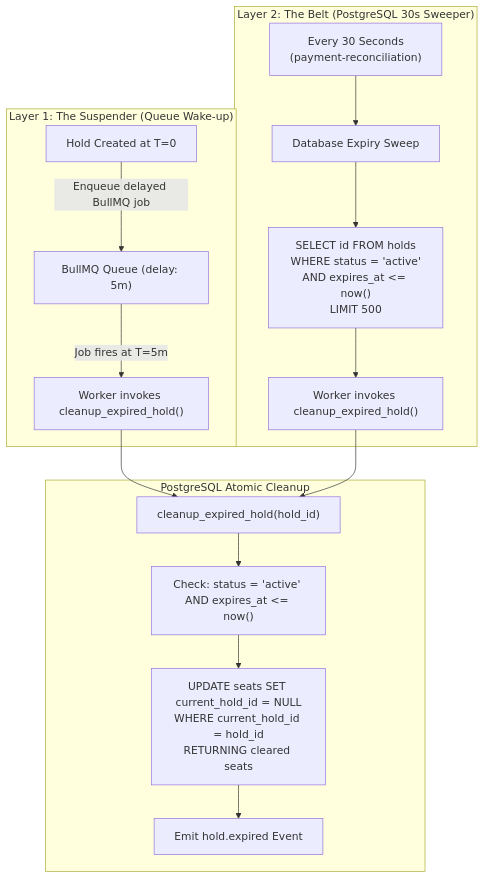
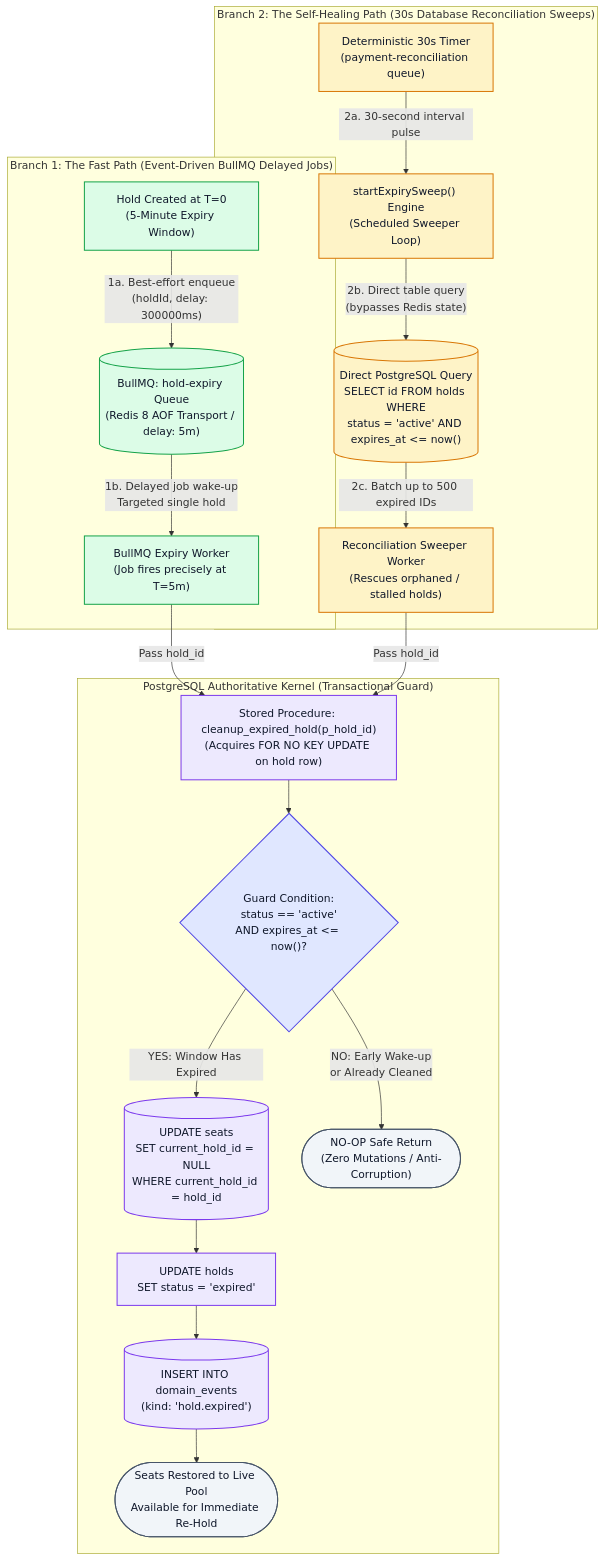
Before and after one commit to YuvvrajSingh/seat-rush: the fourth of 4 diagrams in docs/ARCHITECTURE_AND_USER_GUIDE.md, drawn with Mermaid. The commit also changed other lines of this file and 2 other files, not shown here.

Commit message:
docs: overhaul all Mermaid diagrams with modern styling, ERD, sequence boxes, and state machines

````diff
--- a/docs/ARCHITECTURE_AND_USER_GUIDE.md
+++ b/docs/ARCHITECTURE_AND_USER_GUIDE.md
@@ -518,21 +678,49 @@
 ```mermaid
 flowchart TD
-    subgraph Suspender["Layer 1: The Suspender (Queue Wake-up)"]
-        H1["Hold Created at T=0"] -->|Enqueue delayed BullMQ job| Q["BullMQ Queue (delay: 5m)"]
-        Q -->|Job fires at T=5m| W1["Worker invokes cleanup_expired_hold()"]
+    classDef fast fill:#dcfce7,stroke:#16a34a,stroke-width:1.5px,color:#0f172a;
+    classDef healing fill:#fef3c7,stroke:#d97706,stroke-width:1.5px,color:#0f172a;
+    classDef db fill:#ede9fe,stroke:#7c3aed,stroke-width:1.5px,color:#0f172a;
+    classDef decision fill:#e0e7ff,stroke:#4f46e5,stroke-width:1.5px,color:#0f172a;
+    classDef terminal fill:#f1f5f9,stroke:#475569,stroke-width:1.5px,color:#0f172a;
+
+    subgraph FastPath["Branch 1: The Fast Path (Event-Driven BullMQ Delayed Jobs)"]
+        H1["Hold Created at T=0<br/>(5-Minute Expiry Window)"]:::fast
+        Q[("BullMQ: hold-expiry Queue<br/>(Redis 8 AOF Transport / delay: 5m)")]:::fast
+        W1["BullMQ Expiry Worker<br/>(Job fires precisely at T=5m)"]:::fast
+        
+        H1 -->|"1a. Best-effort enqueue<br/>(holdId, delay: 300000ms)"| Q
+        Q -->|"1b. Delayed job wake-up<br/>Targeted single hold"| W1
     end
 
-    subgraph Belt["Layer 2: The Belt (PostgreSQL 30s Sweeper)"]
-        Timer["Every 30 Seconds\n(payment-reconciliation)"] --> Sweep["Database Expiry Sweep"]
-        Sweep --> Query["SELECT id FROM holds\nWHERE status = 'active'\nAND expires_at <= now()\nLIMIT 500"]
-        Query --> W2["Worker invokes cleanup_expired_hold()"]
+    subgraph HealingPath["Branch 2: The Self-Healing Path (30s Database Reconciliation Sweeps)"]
+        Timer["Deterministic 30s Timer<br/>(payment-reconciliation queue)"]:::healing
+        Sweep["startExpirySweep() Engine<br/>(Scheduled Sweeper Loop)"]:::healing
+        Query[("Direct PostgreSQL Query<br/>SELECT id FROM holds WHERE<br/>status = 'active' AND expires_at &lt;= now()")]:::healing
+        W2["Reconciliation Sweeper Worker<br/>(Rescues orphaned / stalled holds)"]:::healing
+
+        Timer -->|"2a. 30-second interval pulse"| Sweep
+        Sweep -->|"2b. Direct table query<br/>(bypasses Redis state)"| Query
+        Query -->|"2c. Batch up to 500 expired IDs"| W2
     end
 
-    subgraph Authority["PostgreSQL Atomic Cleanup"]
-        W1 --> CleanupFn["cleanup_expired_hold(hold_id)"]
-        W2 --> CleanupFn
-        CleanupFn --> Verify["Check: status = 'active' AND expires_at <= now()"]
-        Verify --> Clear["UPDATE seats SET current_hold_id = NULL\nWHERE current_hold_id = hold_id\nRETURNING cleared seats"]
-        Clear --> Event["Emit hold.expired Event"]
+    subgraph Authority["PostgreSQL Authoritative Kernel (Transactional Guard)"]
+        CleanupFn["Stored Procedure: cleanup_expired_hold(p_hold_id)<br/>(Acquires FOR NO KEY UPDATE on hold row)"]:::db
+        VerifyHold{"Guard Condition:<br/>status == 'active'<br/>AND expires_at &lt;= now()?"}:::decision
+        Clear[("UPDATE seats<br/>SET current_hold_id = NULL<br/>WHERE current_hold_id = hold_id")]:::db
+        UpdateHold["UPDATE holds<br/>SET status = 'expired'"]:::db
+        EmitEvent[("INSERT INTO domain_events<br/>(kind: 'hold.expired')")]:::db
+        Restored(["Seats Restored to Live Pool<br/>Available for Immediate Re-Hold"]):::terminal
+        NoOp(["NO-OP Safe Return<br/>(Zero Mutations / Anti-Corruption)"]):::terminal
+
+        W1 -->|"Pass hold_id"| CleanupFn
+        W2 -->|"Pass hold_id"| CleanupFn
+
+        CleanupFn --> VerifyHold
+        VerifyHold -->|"YES: Window Has Expired"| Clear
+        Clear --> UpdateHold
+        UpdateHold --> EmitEvent
+        EmitEvent --> Restored
+        
+        VerifyHold -->|"NO: Early Wake-up<br/>or Already Cleaned"| NoOp
     end
 ```
````
